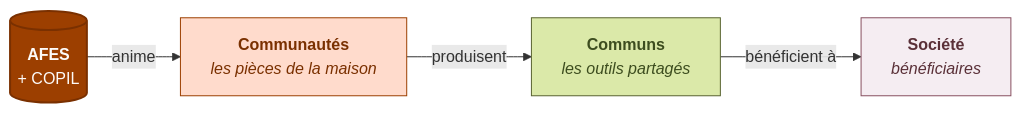
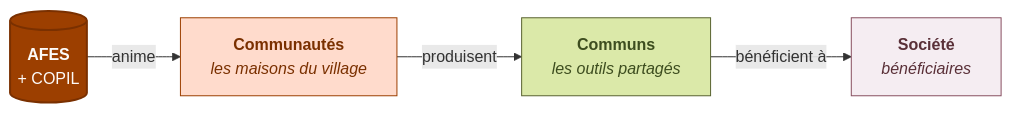
One commit to ThomasF63/e-sol-demo changed the second of 2 diagrams in src/components/diagram-gouvernance.md. Above: the diagram before and after it, drawn with Mermaid. The commit also changed other lines of this file and 27 other files, not shown here.

````diff
--- a/src/components/diagram-gouvernance.md
+++ b/src/components/diagram-gouvernance.md
@@ -76,20 +76,20 @@
 ```mermaid
 flowchart LR
     AFES[("<b>AFES</b><br/>+ COPIL")]
-    PIECES["<b>Communautés</b><br/><i>les pièces de la maison</i>"]
+    MAISONS["<b>Communautés</b><br/><i>les maisons du village</i>"]
     COMMUNS["<b>Communs</b><br/><i>les outils partagés</i>"]
     SOCIETE["<b>Société</b><br/><i>bénéficiaires</i>"]
 
-    AFES -- "anime" --> PIECES
-    PIECES -- "produisent" --> COMMUNS
+    AFES -- "anime" --> MAISONS
+    MAISONS -- "produisent" --> COMMUNS
     COMMUNS -- "bénéficient à" --> SOCIETE
 
     classDef a fill:#9c3f00,stroke:#7a3000,color:#fdfbf9,stroke-width:2px
     classDef b fill:#ffdbcc,stroke:#9c3f00,color:#7a3000
     classDef c fill:#dbe9a9,stroke:#586330,color:#3d4d1f
     classDef d fill:#f5edf2,stroke:#885060,color:#5a3038
     class AFES a
-    class PIECES b
+    class MAISONS b
     class COMMUNS c
     class SOCIETE d
 ```
````
